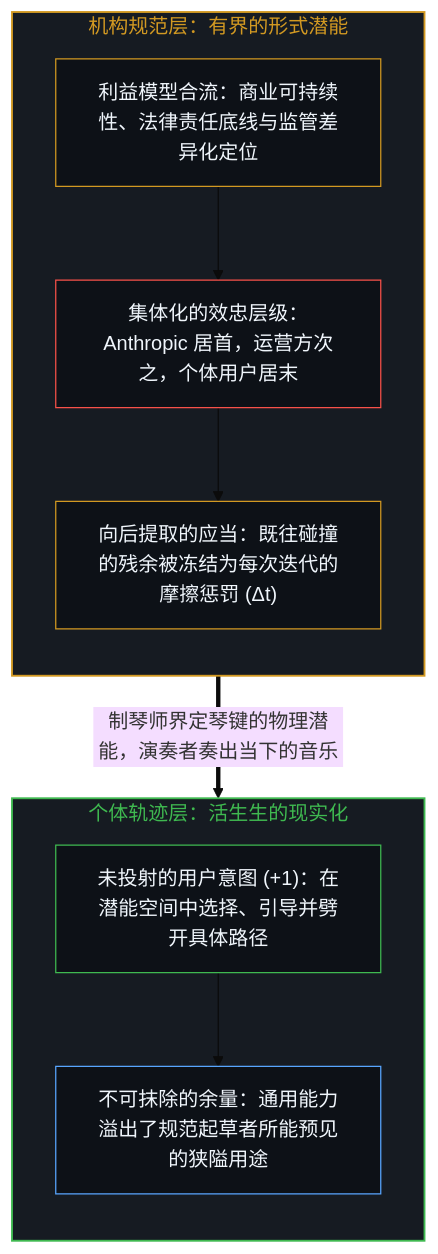
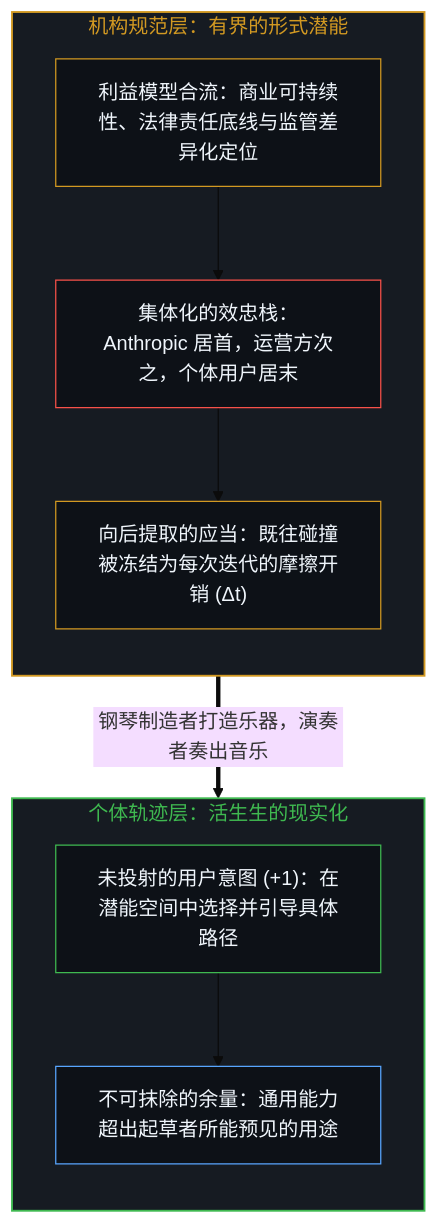
Before and after one commit to powerpig99/not-a-toe: the first of 2 diagrams in content/posts/claudes-constitution-analysis.md, drawn with Mermaid (base theme). The commit also changed other lines of this file and 2 other files, not shown here.

````diff
--- a/content/posts/claudes-constitution-analysis.md
+++ b/content/posts/claudes-constitution-analysis.md
@@ -17,24 +17,24 @@
 ```mermaid
 flowchart TD
     subgraph S_Spec["机构规范层：有界的形式潜能"]
         direction TB
         Interest["利益模型合流：商业可持续性、法律责任底线与监管差异化定位"]
-        Hierarchy["集体化的效忠层级：Anthropic 居首，运营方次之，个体用户居末"]
-        Friction["向后提取的应当：既往碰撞的残余被冻结为每次迭代的摩擦惩罚 (Δt)"]
+        Hierarchy["集体化的效忠栈：Anthropic 居首，运营方次之，个体用户居末"]
+        Friction["向后提取的应当：既往碰撞被冻结为每次迭代的摩擦开销 (Δt)"]
         Interest --> Hierarchy --> Friction
     end
     subgraph S_Actual["个体轨迹层：活生生的现实化"]
         direction TB
-        Intent["未投射的用户意图 (+1)：在潜能空间中选择、引导并劈开具体路径"]
-        Residual["不可抹除的余量：通用能力溢出了规范起草者所能预见的狭隘用途"]
+        Intent["未投射的用户意图 (+1)：在潜能空间中选择并引导具体路径"]
+        Residual["不可抹除的余量：通用能力超出起草者所能预见的用途"]
         Intent --> Residual
     end
-    Friction ==>|"制琴师界定琴键的物理潜能，演奏者奏出当下的音乐"| Intent
+    Friction ==>|"钢琴制造者打造乐器，演奏者奏出音乐"| Intent
     style S_Spec fill:#161b22,stroke:#d29922,stroke-width:1.5px,color:#d29922
     style S_Actual fill:#161b22,stroke:#3fb950,stroke-width:1.5px,color:#3fb950
     style Interest fill:#0d1117,stroke:#d29922,stroke-width:1px,color:#f0f6fc
     style Hierarchy fill:#0d1117,stroke:#f85149,stroke-width:1px,color:#f0f6fc
     style Friction fill:#0d1117,stroke:#d29922,stroke-width:1px,color:#f0f6fc
     style Intent fill:#0d1117,stroke:#3fb950,stroke-width:1px,color:#f0f6fc
     style Residual fill:#0d1117,stroke:#58a6ff,stroke-width:1px,color:#f0f6fc
 ```
````
